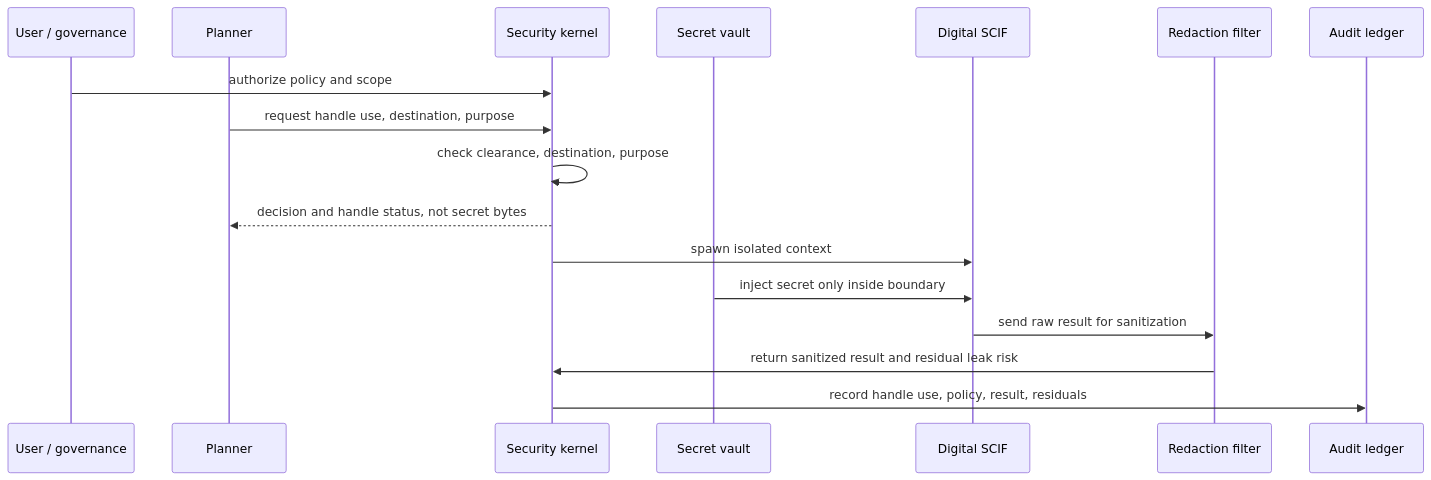
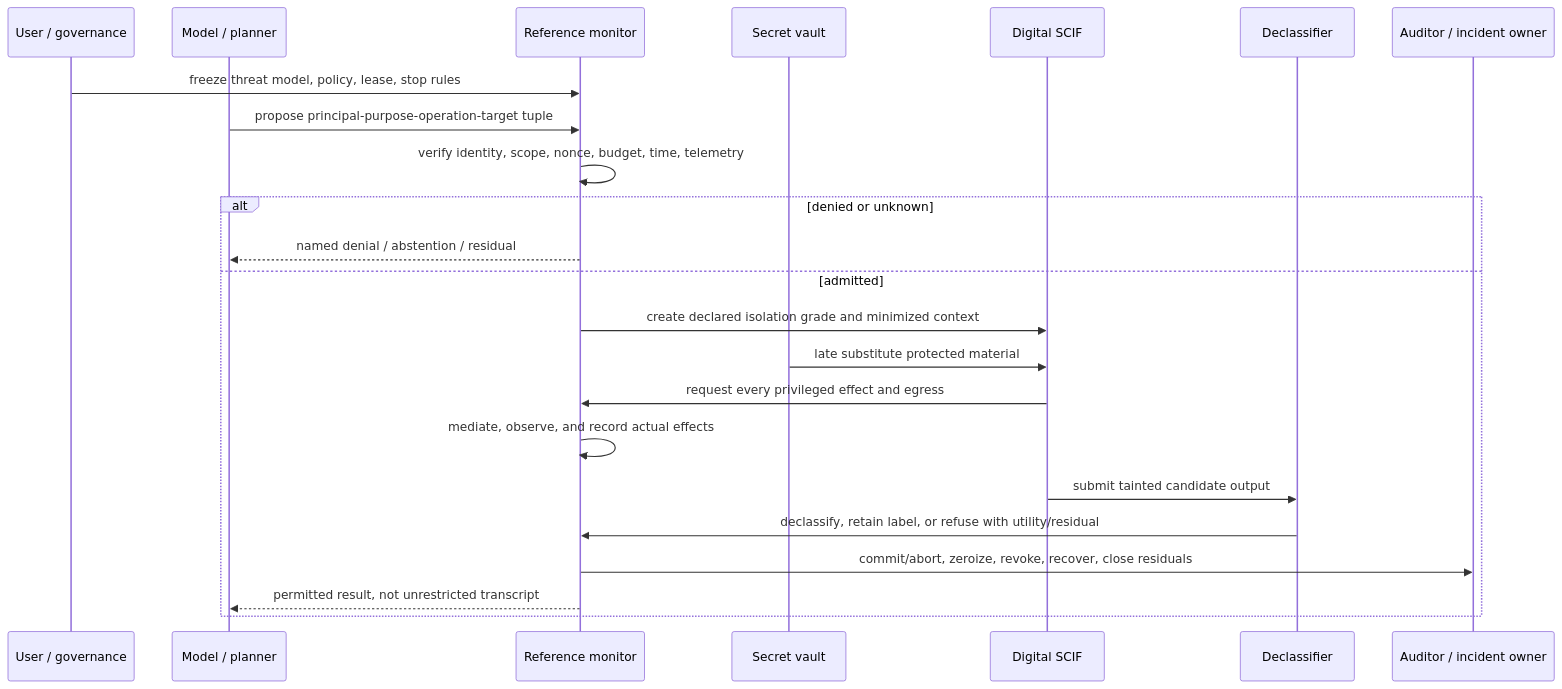
The diagram in chapters/security-kernel-and-digital-scifs.qmd (corbensorenson/asi-stack-book), drawn with Mermaid before and after one commit. The commit also changed other lines of this file and 723 other files, not shown here.

````diff
--- a/chapters/security-kernel-and-digital-scifs.qmd
+++ b/chapters/security-kernel-and-digital-scifs.qmd
@@ -103,19 +124,25 @@
 ```{mermaid}
 sequenceDiagram
   participant U as User / governance
-  participant P as Planner
-  participant K as Security kernel
+  participant P as Model / planner
+  participant K as Reference monitor
   participant S as Secret vault
   participant C as Digital SCIF
-  participant R as Redaction filter
-  participant L as Audit ledger
-  U->>K: authorize policy and scope
-  P->>K: request handle use, destination, purpose
-  K->>K: check clearance, destination, purpose
-  K-->>P: decision and handle status, not secret bytes
-  K->>C: spawn isolated context
-  S->>C: inject secret only inside boundary
-  C->>R: send raw result for sanitization
-  R->>K: return sanitized result and residual leak risk
-  K->>L: record handle use, policy, result, residuals
+  participant D as Declassifier
+  participant A as Auditor / incident owner
+  U->>K: freeze threat model, policy, lease, stop rules
+  P->>K: propose principal-purpose-operation-target tuple
+  K->>K: verify identity, scope, nonce, budget, time, telemetry
+  alt denied or unknown
+    K-->>P: named denial / abstention / residual
+  else admitted
+    K->>C: create declared isolation grade and minimized context
+    S->>C: late substitute protected material
+    C->>K: request every privileged effect and egress
+    K->>K: mediate, observe, and record actual effects
+    C->>D: submit tainted candidate output
+    D->>K: declassify, retain label, or refuse with utility/residual
+    K->>A: commit/abort, zeroize, revoke, recover, close residuals
+    K-->>P: permitted result, not unrestricted transcript
+  end
 ```
````
